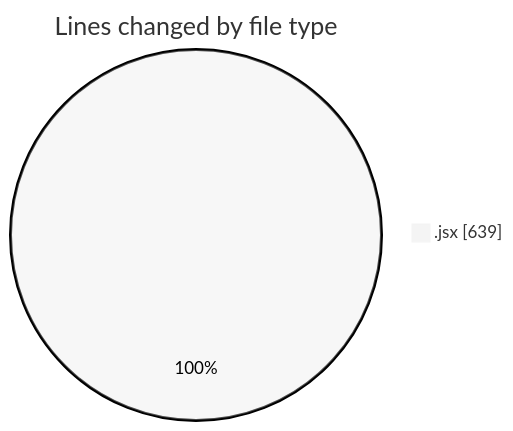
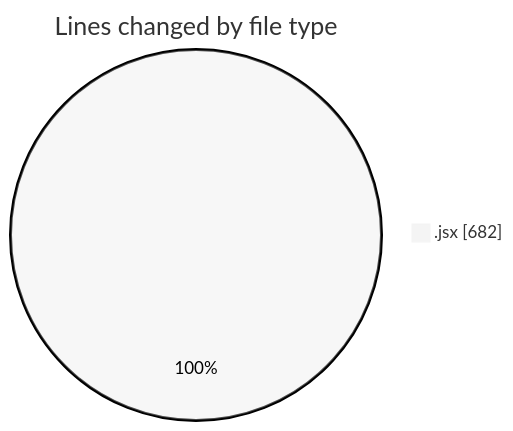
One commit to Elitesun/code-tracking changed the first of 2 diagrams in 2025-02-24/elitesgpt/README.md. Above: the diagram before and after it, drawn with Mermaid (neutral theme). The commit also changed other lines of this file and 1 other file, not shown here.

````diff
--- a/2025-02-24/elitesgpt/README.md
+++ b/2025-02-24/elitesgpt/README.md
@@ -22,5 +22,5 @@
 ```mermaid
 pie showData
 title Lines changed by file type
-".jsx" : 639
+".jsx" : 682
 ```
````
